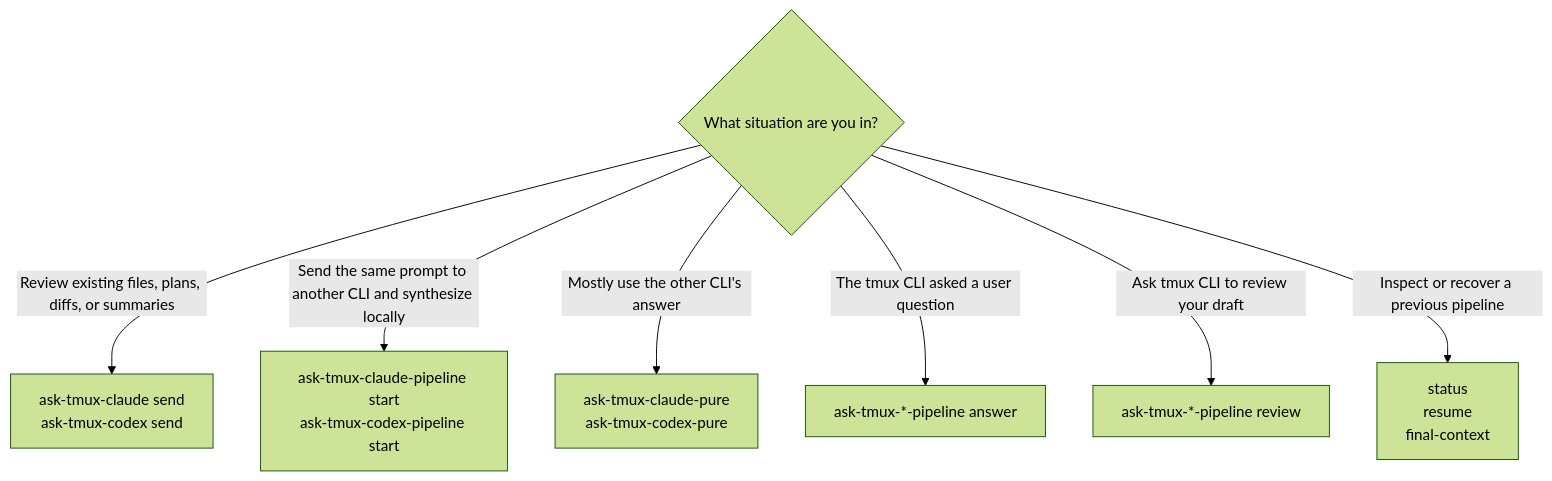
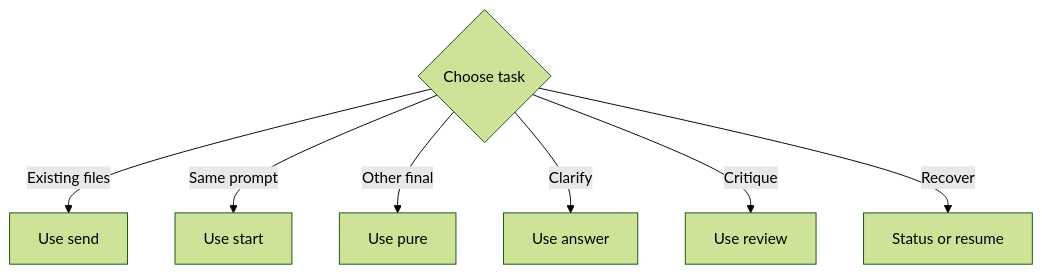
The first of 7 diagrams in README.md (TrailblazerSR/ask-tmux-pipeline), drawn with Mermaid (forest theme) before and after one commit. The commit also changed other lines of this file, not shown here.

First line of the commit message:
Make README flowcharts render without clipped labels

````diff
--- a/README.md
+++ b/README.md
@@ -98,10 +100,13 @@
 ```mermaid
 flowchart TD
-  A{What situation are you in?}
-  A -->|Review existing files, plans, diffs, or summaries| B[ask-tmux-claude send<br/>ask-tmux-codex send]
-  A -->|Send the same prompt to another CLI and synthesize locally| C[ask-tmux-claude-pipeline start<br/>ask-tmux-codex-pipeline start]
-  A -->|Mostly use the other CLI's answer| D[ask-tmux-claude-pure<br/>ask-tmux-codex-pure]
-  A -->|The tmux CLI asked a user question| E[ask-tmux-*-pipeline answer]
-  A -->|Ask tmux CLI to review your draft| F[ask-tmux-*-pipeline review]
-  A -->|Inspect or recover a previous pipeline| G[status<br/>resume<br/>final-context]
+    accTitle: Overall Command Choice
+    accDescr: Command selection flow showing whether to review existing material, mirror a prompt, answer a clarification, review a draft, or recover pipeline state
+
+    choose_task{Choose task}
+    choose_task -->|Existing files| send_command[Use send]
+    choose_task -->|Same prompt| start_command[Use start]
+    choose_task -->|Other final| pure_alias[Use pure]
+    choose_task -->|Clarify| answer_command[Use answer]
+    choose_task -->|Critique| review_command[Use review]
+    choose_task -->|Recover| inspect_command[Status or resume]
 ```
````
